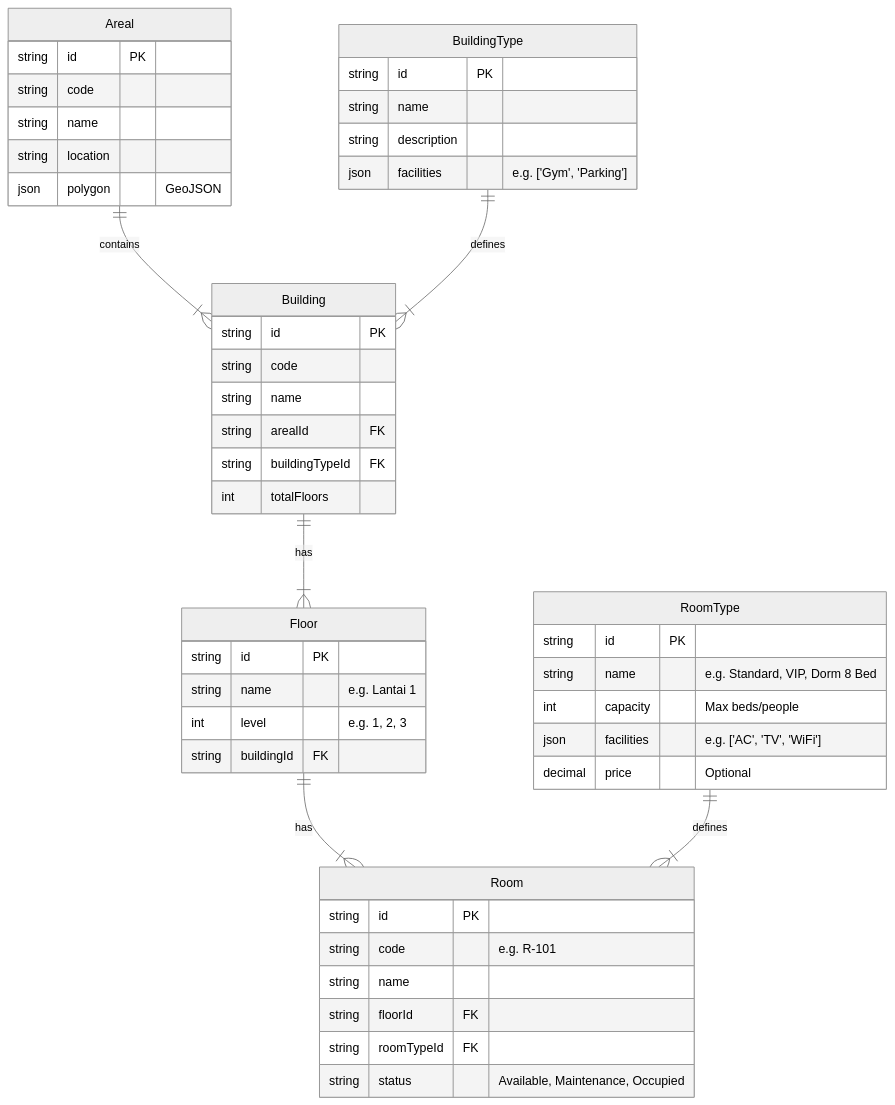
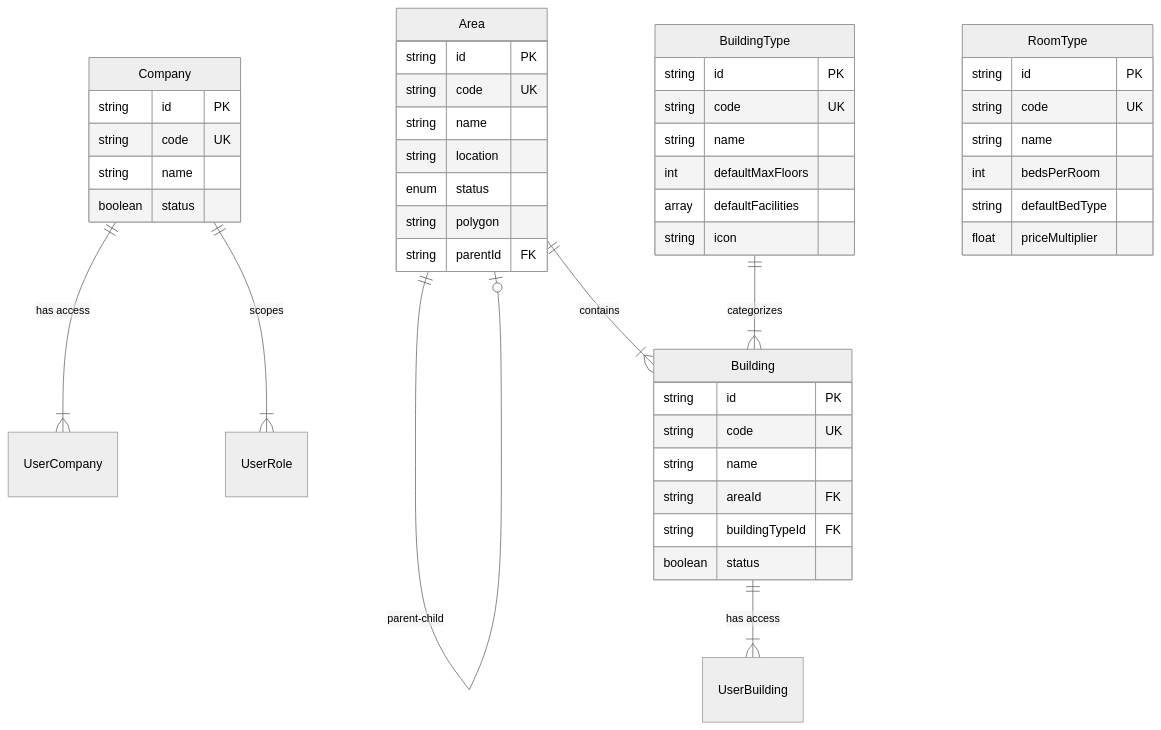
The first of 2 diagrams in docs/property_schema_design.md (gpjen/fe-bookingroom), drawn with Mermaid (neutral theme) before and after one commit. The commit also changed other lines of this file and 13 other files, not shown here.

````diff
--- a/docs/property_schema_design.md
+++ b/docs/property_schema_design.md
@@ -8,56 +26,55 @@
 ```mermaid
 erDiagram
-    Areal ||--|{ Building : "contains"
-    BuildingType ||--|{ Building : "defines"
-    Building ||--|{ Floor : "has"
-    Floor ||--|{ Room : "has"
-    RoomType ||--|{ Room : "defines"
+    Company ||--|{ UserCompany : "has access"
+    Company ||--|{ UserRole : "scopes"
 
-    Areal {
+    Area ||--o| Area : "parent-child"
+    Area ||--|{ Building : "contains"
+
+    BuildingType ||--|{ Building : "categorizes"
+    Building ||--|{ UserBuilding : "has access"
+
+    RoomType {
         string id PK
-        string code
+        string code UK
+        string name
+        int bedsPerRoom
+        string defaultBedType
+        float priceMultiplier
+    }
+
+    Company {
+        string id PK
+        string code UK
+        string name
+        boolean status
+    }
+
+    Area {
+        string id PK
+        string code UK
         string name
         string location
-        json polygon "GeoJSON"
+        enum status
+        string polygon
+        string parentId FK
     }
 
     BuildingType {
         string id PK
+        string code UK
         string name
-        string description
-        json facilities "e.g. ['Gym', 'Parking']"
+        int defaultMaxFloors
+        array defaultFacilities
+        string icon
     }
 
     Building {
         string id PK
-        string code
+        string code UK
         string name
-        string arealId FK
+        string areaId FK
         string buildingTypeId FK
-        int totalFloors
-    }
-
-    Floor {
-        string id PK
-        string name "e.g. Lantai 1"
-        int level "e.g. 1, 2, 3"
-        string buildingId FK
-    }
-
-    RoomType {
-        string id PK
-        string name "e.g. Standard, VIP, Dorm 8 Bed"
-        int capacity "Max beds/people"
-        json facilities "e.g. ['AC', 'TV', 'WiFi']"
-        decimal price "Optional"
-    }
-
-    Room {
-        string id PK
-        string code "e.g. R-101"
-        string name
-        string floorId FK
-        string roomTypeId FK
-        string status "Available, Maintenance, Occupied"
+        boolean status
     }
 ```
````
